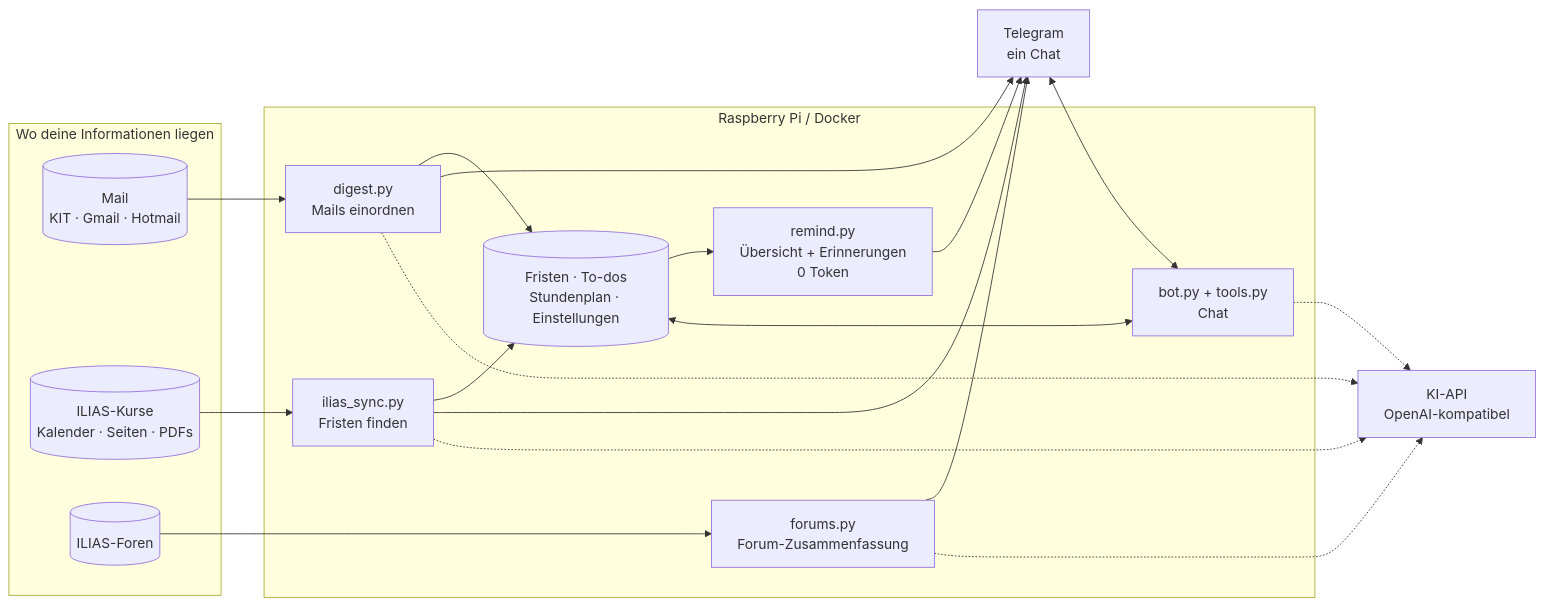
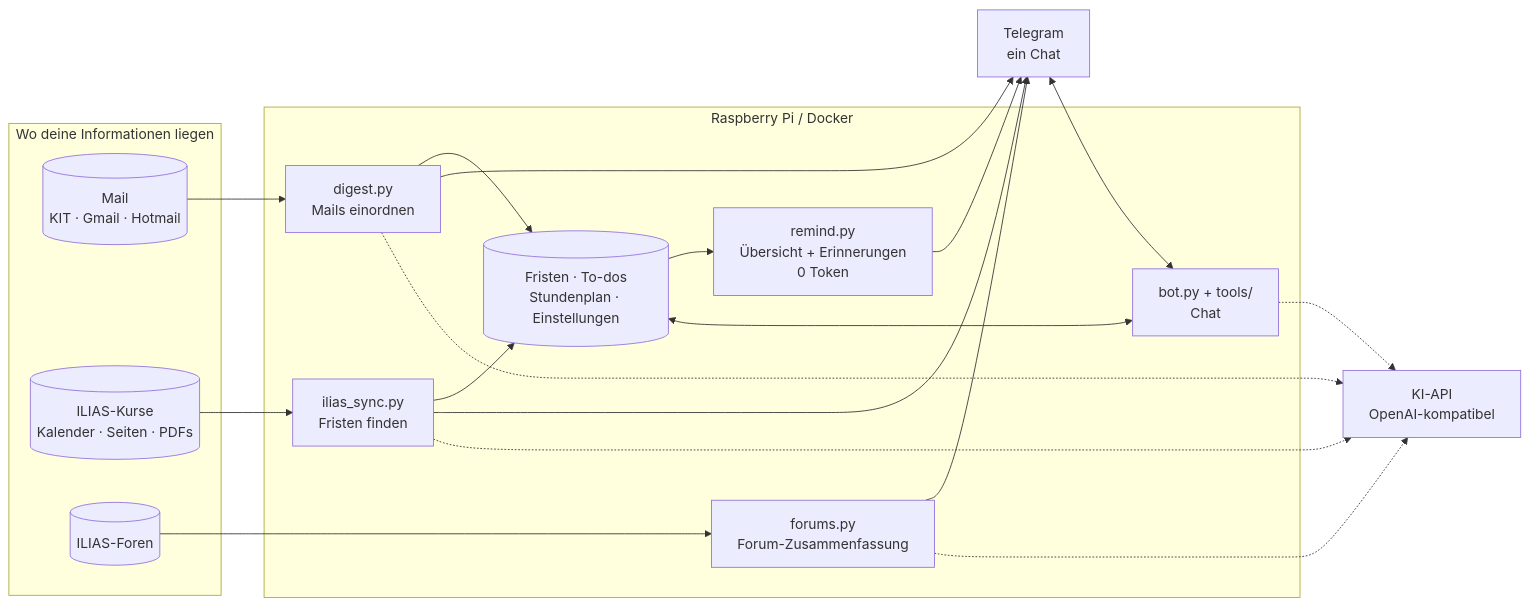
The diagram in README.de.md (lattiezhao-a11y/kit-study-assistant), drawn with Mermaid before and after one commit. The commit also changed other lines of this file and 27 other files, not shown here.

````diff
--- a/README.de.md
+++ b/README.de.md
@@ -81,26 +81,26 @@
 ```mermaid
 flowchart LR
     subgraph SRC["Wo deine Informationen liegen"]
         MAIL[("Mail<br/>KIT · Gmail · Hotmail")]
         ILIAS[("ILIAS-Kurse<br/>Kalender · Seiten · PDFs")]
         FORUM[("ILIAS-Foren")]
     end
     subgraph BOX["Raspberry Pi / Docker"]
         D["digest.py<br/>Mails einordnen"]
         I["ilias_sync.py<br/>Fristen finden"]
         F["forums.py<br/>Forum-Zusammenfassung"]
         DATA[("Fristen · To-dos<br/>Stundenplan · Einstellungen")]
         R["remind.py<br/>Übersicht + Erinnerungen<br/>0 Token"]
-        B["bot.py + tools.py<br/>Chat"]
+        B["bot.py + tools/<br/>Chat"]
     end
     MAIL --> D
     ILIAS --> I
     FORUM --> F
     D --> DATA
     I --> DATA
     DATA --> R
     B <--> DATA
     D & I & F & R --> TG["Telegram<br/>ein Chat"]
     TG <--> B
     D & I & F & B -.-> LLM["KI-API<br/>OpenAI-kompatibel"]
 ```
````
